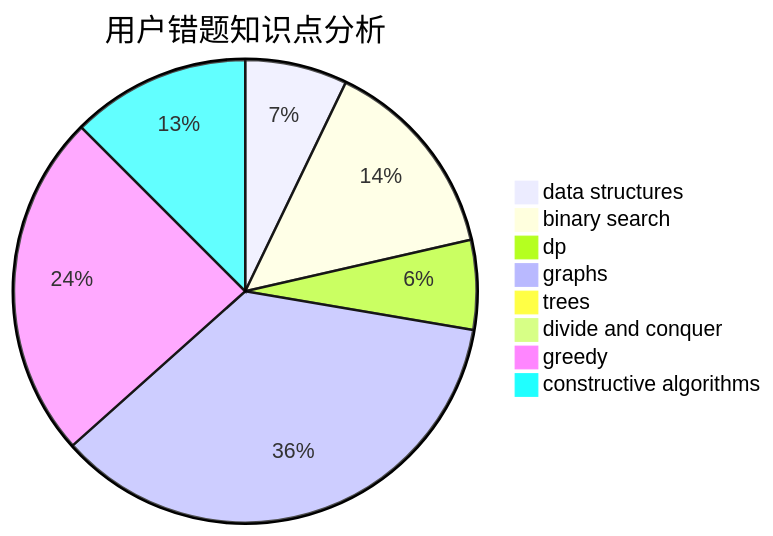
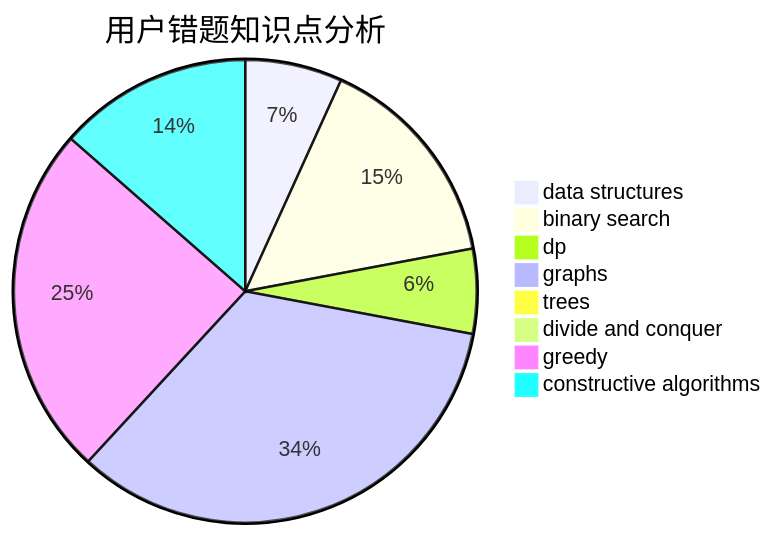
One commit to sherpahu/cfrs.github.io changed the third of 3 diagrams in docs/user/u1479.md. Above: the diagram before and after it, drawn with Mermaid. The commit also changed other lines of this file and 2770 other files, not shown here.

````diff
--- a/docs/user/u1479.md
+++ b/docs/user/u1479.md
@@ -36,11 +36,11 @@
 ```mermaid
 pie title 用户错题知识点分析
     "data structures" :  8
-    "binary search" :  16
+    "binary search" :  18
     "dp" :  7
     "graphs" :  40
     "trees" :  0
     "divide and conquer" :  0
-    "greedy" :  27
-    "constructive algorithms" :  14
+    "greedy" :  29
+    "constructive algorithms" :  16
 ```
````
